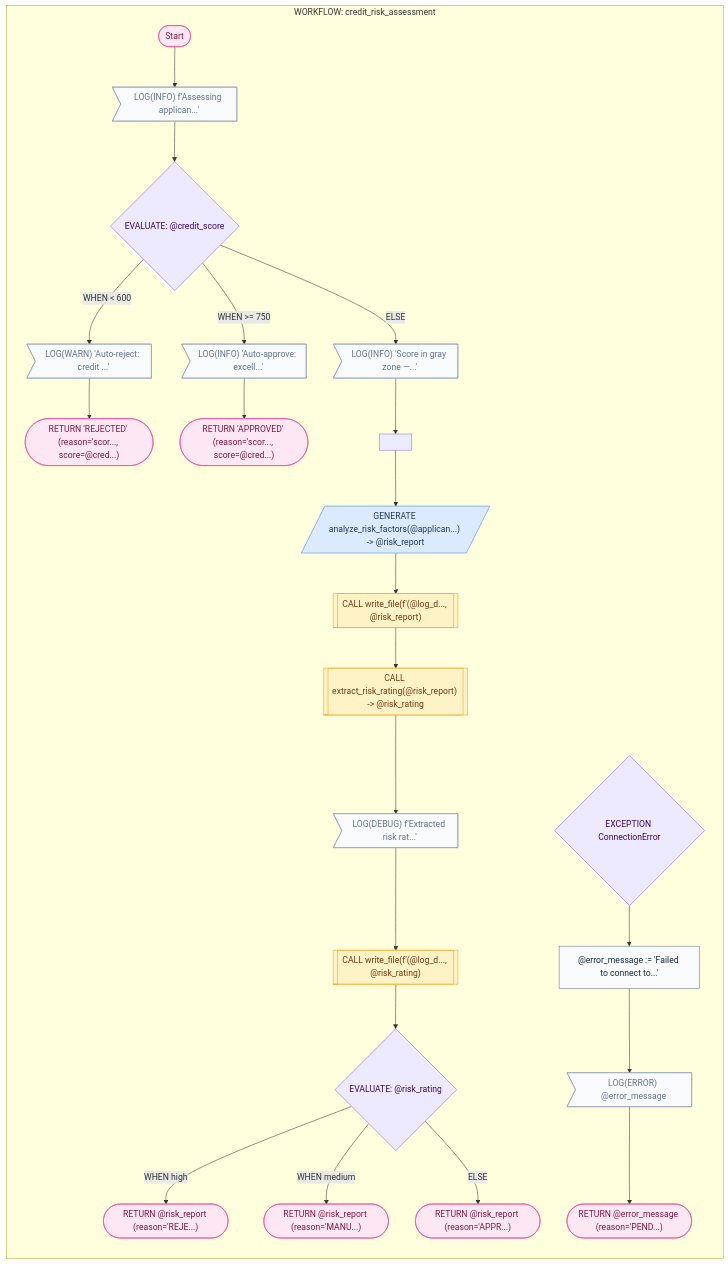
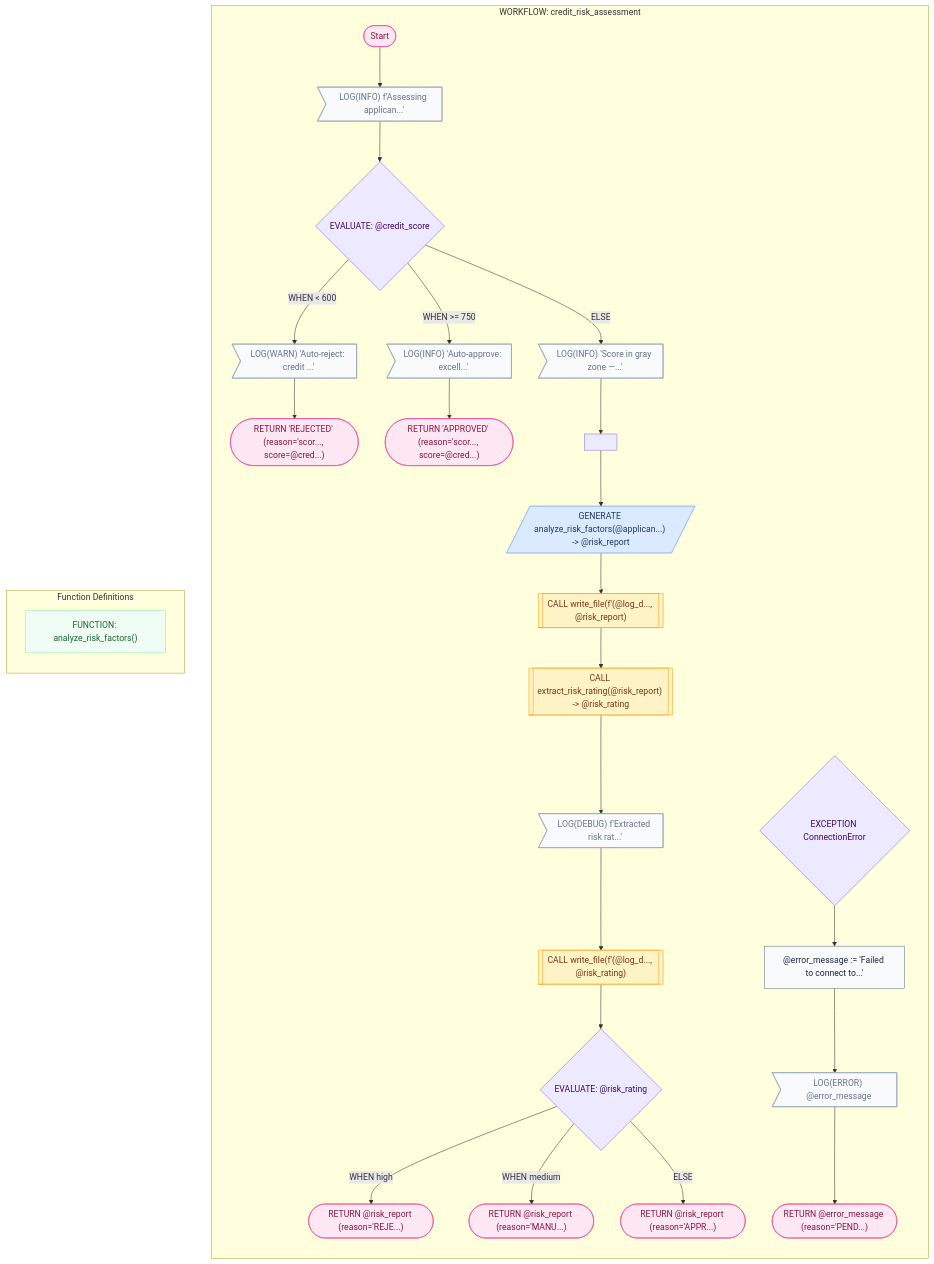
One commit to digital-duck/SPL.py changed the diagram in cookbook/48_credit_risk/mermaid/assess_credit_risk.md. Above: the diagram before and after it, drawn with Mermaid. The commit also changed 334 other files, not shown here.

````diff
--- a/cookbook/48_credit_risk/mermaid/assess_credit_risk.md
+++ b/cookbook/48_credit_risk/mermaid/assess_credit_risk.md
@@ -7,76 +7,81 @@
 ```mermaid
 flowchart TD
     subgraph SG_credit_risk_assessment["WORKFLOW: credit_risk_assessment"]
     direction TB
     START1(["Start"])
     LOG2>"LOG(INFO) f'Assessing applican...'"]
     EVAL3{"EVALUATE: @credit_score"}
     LOG5>"LOG(WARN) 'Auto-reject: credit ...'"]
     RET6(["RETURN 'REJECTED' (reason='scor..., score=@cred...)"])
     LOG5 --> RET6
     EVAL3 -->|"WHEN < 600"| LOG5
     LOG7>"LOG(INFO) 'Auto-approve: excell...'"]
     RET8(["RETURN 'APPROVED' (reason='scor..., score=@cred...)"])
     LOG7 --> RET8
     EVAL3 -->|"WHEN >= 750"| LOG7
     LOG9>"LOG(INFO) 'Score in gray zone —...'"]
     EVAL3 -->|"ELSE"| LOG9
     LOG9 --> MERGE4
     MERGE4[" "]
     LOG2 --> EVAL3
     GEN10[/"GENERATE analyze_risk_factors(@applican...) -> @risk_report"/]
     MERGE4 --> GEN10
     SUB11[["CALL write_file(f'(@log_d..., @risk_report)"]]
     GEN10 --> SUB11
     SUB12[["CALL extract_risk_rating(@risk_report) -> @risk_rating"]]
     SUB11 --> SUB12
     LOG13>"LOG(DEBUG) f'Extracted risk rat...'"]
     SUB12 --> LOG13
     SUB14[["CALL write_file(f'(@log_d..., @risk_rating)"]]
     LOG13 --> SUB14
     EVAL15{"EVALUATE: @risk_rating"}
     RET17(["RETURN @risk_report (reason='REJE...)"])
     EVAL15 -->|"WHEN high"| RET17
     RET18(["RETURN @risk_report (reason='MANU...)"])
     EVAL15 -->|"WHEN medium"| RET18
     RET19(["RETURN @risk_report (reason='APPR...)"])
     EVAL15 -->|"ELSE"| RET19
     SUB14 --> EVAL15
     START1 --> LOG2
     EXC20{"EXCEPTION ConnectionError"}
     A21["@error_message := 'Failed to connect to...'"]
     LOG22>"LOG(ERROR) @error_message"]
     A21 --> LOG22
     RET23(["RETURN @error_message (reason='PEND...)"])
     LOG22 --> RET23
     EXC20 --> A21
     end
+    subgraph FUNCTIONS["Function Definitions"]
+    direction TB
+    FN24["FUNCTION: analyze_risk_factors()"]
+    end
     class START1 term
     class LOG2 log
     class EVAL3 ctrl
     class LOG5 log
     class RET6 term
     class LOG7 log
     class RET8 term
     class LOG9 log
     class GEN10 llm
     class SUB11 proc
     class SUB12 proc
     class LOG13 log
     class SUB14 proc
     class EVAL15 ctrl
     class RET17 term
     class RET18 term
     class RET19 term
     class EXC20 ctrl
     class A21 assign
     class LOG22 log
     class RET23 term
+    class FN24 fn
     classDef llm fill:#dbeafe,stroke:#3b82f6,color:#1e3a5f
     classDef proc fill:#fef3c7,stroke:#f59e0b,color:#78350f
     classDef ctrl fill:#ede9fe,stroke:#8b5cf6,color:#3b0764
     classDef term fill:#fce7f3,stroke:#ec4899,color:#831843
     classDef log fill:#f8fafc,stroke:#94a3b8,color:#64748b
     classDef fn fill:#f0fdf4,stroke:#86efac,color:#166534
     classDef assign fill:#f8fafc,stroke:#64748b,color:#1e293b
 ```
````
